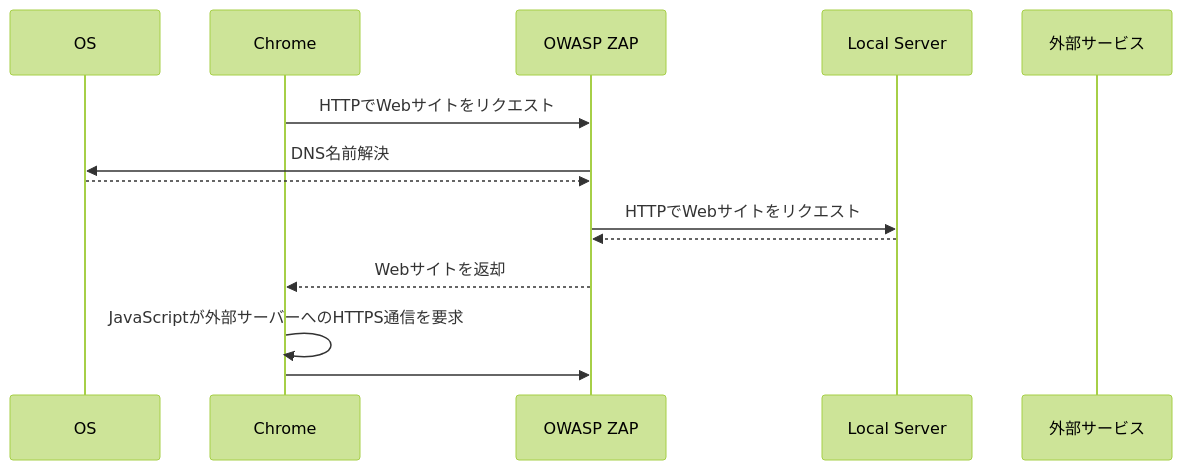
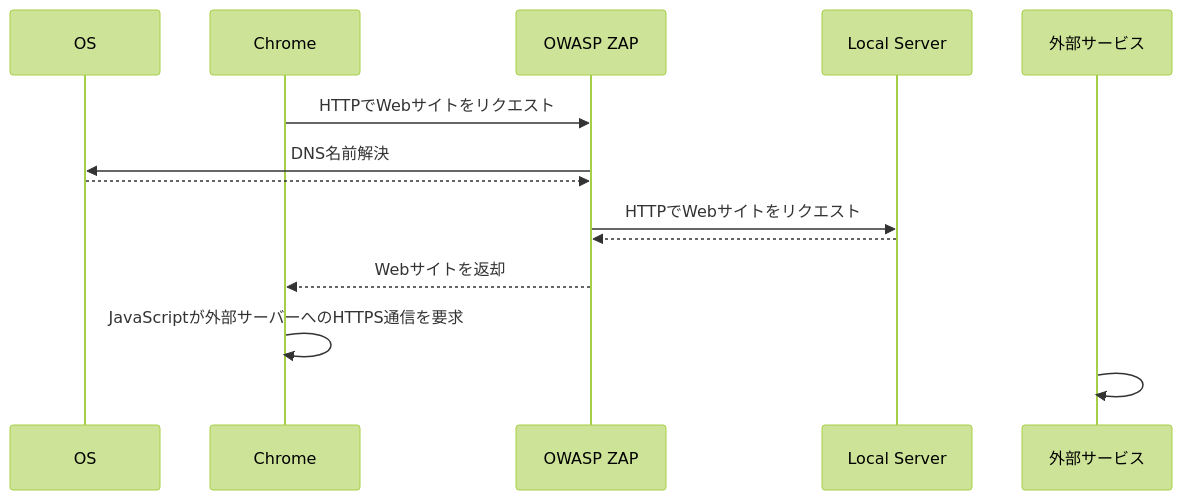
The diagram in articles/owasp-zap-localhost-subdomain.md (xhiroga/zenn-content), drawn with Mermaid (forest theme) before and after one commit.

Commit message:
chore: 全然違うものを足す

````diff
--- a/articles/owasp-zap-localhost-subdomain.md
+++ b/articles/owasp-zap-localhost-subdomain.md
@@ -32,17 +32,17 @@
 ```mermaid
 sequenceDiagram
     participant OS
     participant Chrome
     participant zap as OWASP ZAP
     participant local as Local Server
     participant 3rd as 外部サービス
 
     Chrome->>zap: HTTPでWebサイトをリクエスト
     zap->>OS: DNS名前解決
     OS-->>zap: 
     zap->>local: HTTPでWebサイトをリクエスト
     local-->>zap: 
     zap-->>Chrome: Webサイトを返却
     Chrome->>Chrome: JavaScriptが外部サーバーへのHTTPS通信を要求
-    Chrome->>zap: 
+    3rd->>3rd: 
 ```
````
